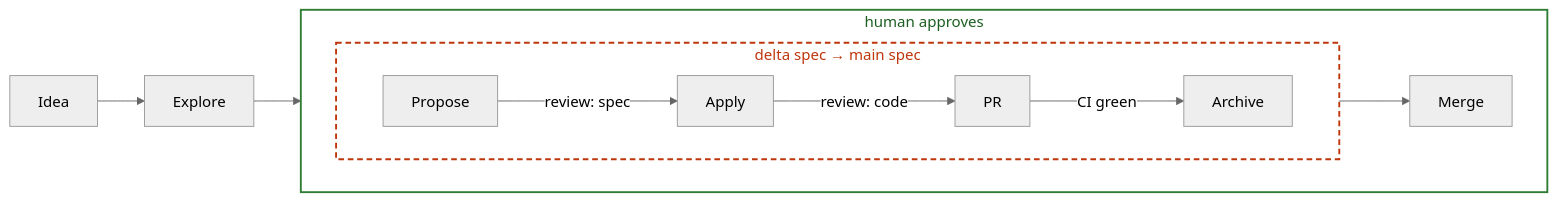
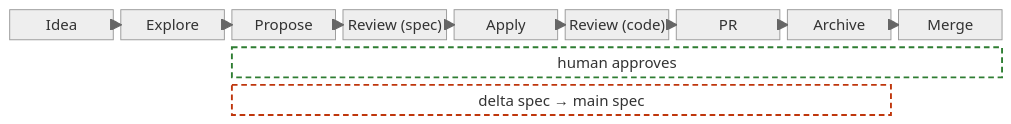
Before and after one commit to aanbrn/axon-showcase: the third of 3 diagrams in README.md, drawn with Mermaid (neutral theme).

Commit message:
Draw the OpenSpec loop as a block diagram
Block diagrams let a block span columns, so the two span annotations (human approves to Merge, delta spec to Archive) render as aligned bars without the nested-subgraph title collision.

````diff
--- a/README.md
+++ b/README.md
@@ -201,16 +201,17 @@
 ```mermaid
-%%{init: {"flowchart": {"diagramPadding": 270}}}%%
-flowchart LR
-    Idea --> Explore
-    subgraph approve["human approves"]
-        direction LR
-        subgraph fold["delta spec → main spec"]
-            direction LR
-            Propose -->|"review: spec"| Apply -->|"review: code"| PR -->|"CI green"| Archive
-        end
-        Archive --> Merge
-    end
-    Explore --> Propose
-    style approve fill:none,stroke:#2e7d32,stroke-width:2px,color:#1b5e20
-    style fold fill:none,stroke:#bf360c,stroke-width:2px,stroke-dasharray:6 4,color:#bf360c
+block-beta
+  columns 9
+  Idea Explore Propose R1["Review (spec)"] Apply R2["Review (code)"] PR Archive Merge
+  Idea --> Explore
+  Explore --> Propose
+  Propose --> R1
+  R1 --> Apply
+  Apply --> R2
+  R2 --> PR
+  PR --> Archive
+  Archive --> Merge
+  space:2 human["human approves"]:7
+  space:2 delta["delta spec → main spec"]:6
+  style human fill:none,stroke:#2e7d32,stroke-width:2px,stroke-dasharray:6 4,color:#1b5e20
+  style delta fill:none,stroke:#bf360c,stroke-width:2px,stroke-dasharray:6 4,color:#bf360c
 ```
````
